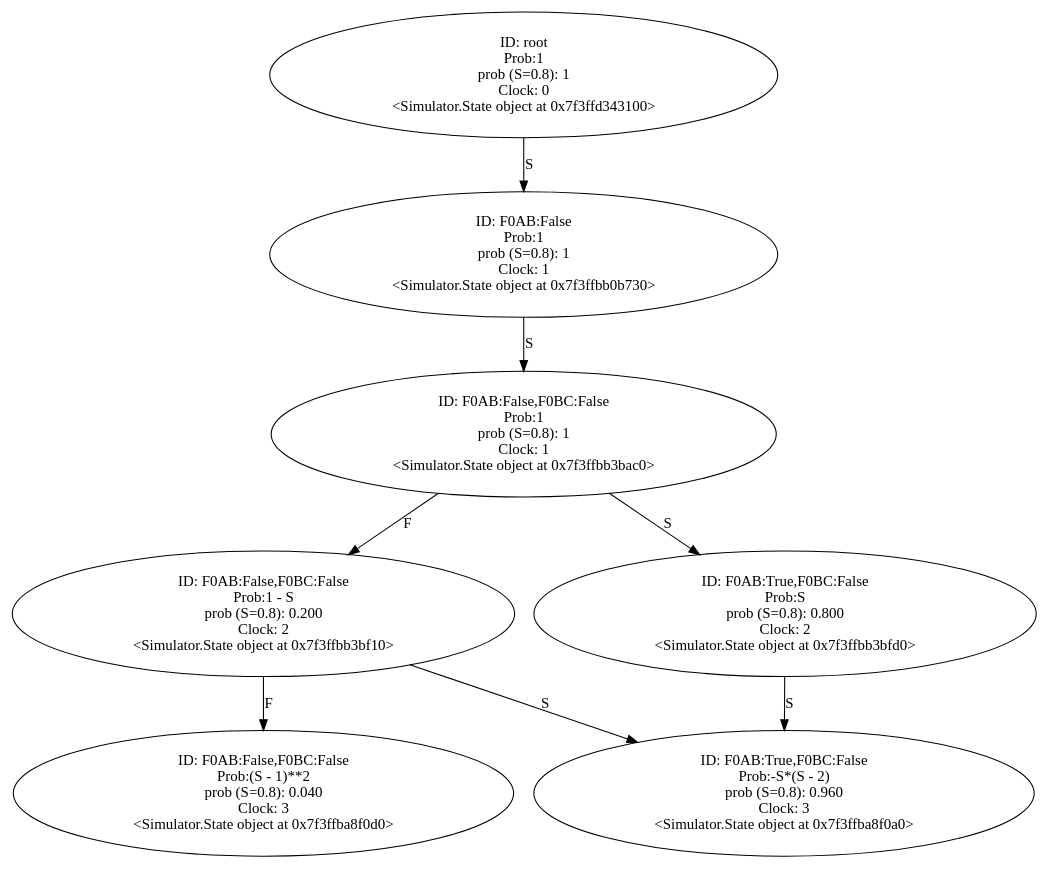
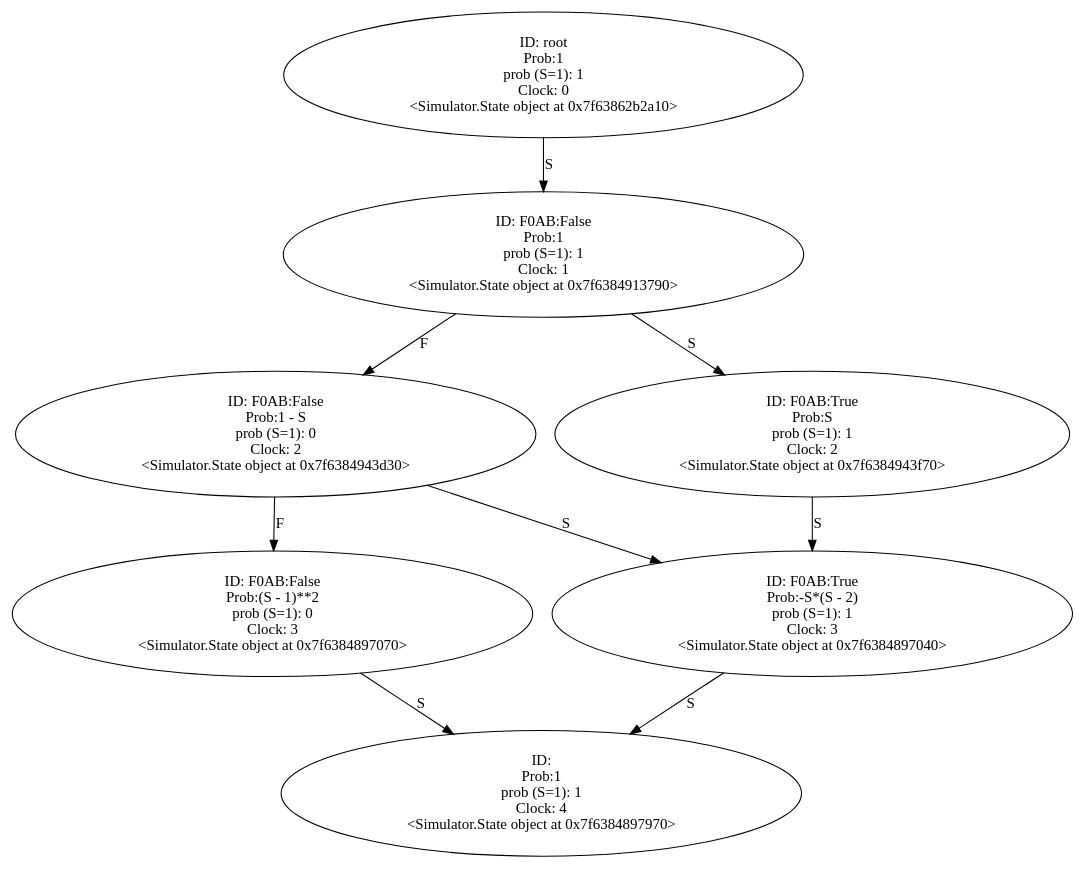
Before and after one commit to YasinBoloorchi/WARP-Simulator: the diagram in Output/new_half_condition.wrp.gv, drawn with Graphviz. The commit also changed 13 other files, not shown here.

```diff
--- a/Output/new_half_condition.wrp.gv
+++ b/Output/new_half_condition.wrp.gv
@@ -1,44 +1,45 @@
 digraph "./Output/new_half_condition.wrp" {
-	<Simulator.State object at 0x7f3ffd343100> [label="ID: root
+	<Simulator.State object at 0x7f63862b2a10> [label="ID: root
 Prob:1
-prob (S=0.8): 1
+prob (S=1): 1
 Clock: 0
-<Simulator.State object at 0x7f3ffd343100>"]
-	<Simulator.State object at 0x7f3ffd343100> -> <Simulator.State object at 0x7f3ffbb0b730> [label=S]
-	<Simulator.State object at 0x7f3ffbb0b730> [label="ID: F0AB:False
+<Simulator.State object at 0x7f63862b2a10>"]
+	<Simulator.State object at 0x7f63862b2a10> -> <Simulator.State object at 0x7f6384913790> [label=S]
+	<Simulator.State object at 0x7f6384913790> [label="ID: F0AB:False
 Prob:1
-prob (S=0.8): 1
+prob (S=1): 1
 Clock: 1
-<Simulator.State object at 0x7f3ffbb0b730>"]
-	<Simulator.State object at 0x7f3ffbb0b730> -> <Simulator.State object at 0x7f3ffbb3bac0> [label=S]
-	<Simulator.State object at 0x7f3ffbb3bac0> [label="ID: F0AB:False,F0BC:False
+<Simulator.State object at 0x7f6384913790>"]
+	<Simulator.State object at 0x7f6384913790> -> <Simulator.State object at 0x7f6384943d30> [label=F]
+	<Simulator.State object at 0x7f6384913790> -> <Simulator.State object at 0x7f6384943f70> [label=S]
+	<Simulator.State object at 0x7f6384943d30> [label="ID: F0AB:False
+Prob:1 - S
+prob (S=1): 0
+Clock: 2
+<Simulator.State object at 0x7f6384943d30>"]
+	<Simulator.State object at 0x7f6384943d30> -> <Simulator.State object at 0x7f6384897070> [label=F]
+	<Simulator.State object at 0x7f6384943d30> -> <Simulator.State object at 0x7f6384897040> [label=S]
+	<Simulator.State object at 0x7f6384943f70> [label="ID: F0AB:True
+Prob:S
+prob (S=1): 1
+Clock: 2
+<Simulator.State object at 0x7f6384943f70>"]
+	<Simulator.State object at 0x7f6384943f70> -> <Simulator.State object at 0x7f6384897040> [label=S]
+	<Simulator.State object at 0x7f6384897070> [label="ID: F0AB:False
+Prob:(S - 1)**2
+prob (S=1): 0
+Clock: 3
+<Simulator.State object at 0x7f6384897070>"]
+	<Simulator.State object at 0x7f6384897070> -> <Simulator.State object at 0x7f6384897970> [label=S]
+	<Simulator.State object at 0x7f6384897040> [label="ID: F0AB:True
+Prob:-S*(S - 2)
+prob (S=1): 1
+Clock: 3
+<Simulator.State object at 0x7f6384897040>"]
+	<Simulator.State object at 0x7f6384897040> -> <Simulator.State object at 0x7f6384897970> [label=S]
+	<Simulator.State object at 0x7f6384897970> [label="ID: 
 Prob:1
-prob (S=0.8): 1
-Clock: 1
-<Simulator.State object at 0x7f3ffbb3bac0>"]
-	<Simulator.State object at 0x7f3ffbb3bac0> -> <Simulator.State object at 0x7f3ffbb3bf10> [label=F]
-	<Simulator.State object at 0x7f3ffbb3bac0> -> <Simulator.State object at 0x7f3ffbb3bfd0> [label=S]
-	<Simulator.State object at 0x7f3ffbb3bf10> [label="ID: F0AB:False,F0BC:False
-Prob:1 - S
-prob (S=0.8): 0.200
-Clock: 2
-<Simulator.State object at 0x7f3ffbb3bf10>"]
-	<Simulator.State object at 0x7f3ffbb3bf10> -> <Simulator.State object at 0x7f3ffba8f0d0> [label=F]
-	<Simulator.State object at 0x7f3ffbb3bf10> -> <Simulator.State object at 0x7f3ffba8f0a0> [label=S]
-	<Simulator.State object at 0x7f3ffbb3bfd0> [label="ID: F0AB:True,F0BC:False
-Prob:S
-prob (S=0.8): 0.800
-Clock: 2
-<Simulator.State object at 0x7f3ffbb3bfd0>"]
-	<Simulator.State object at 0x7f3ffbb3bfd0> -> <Simulator.State object at 0x7f3ffba8f0a0> [label=S]
-	<Simulator.State object at 0x7f3ffba8f0d0> [label="ID: F0AB:False,F0BC:False
-Prob:(S - 1)**2
-prob (S=0.8): 0.040
-Clock: 3
-<Simulator.State object at 0x7f3ffba8f0d0>"]
-	<Simulator.State object at 0x7f3ffba8f0a0> [label="ID: F0AB:True,F0BC:False
-Prob:-S*(S - 2)
-prob (S=0.8): 0.960
-Clock: 3
-<Simulator.State object at 0x7f3ffba8f0a0>"]
+prob (S=1): 1
+Clock: 4
+<Simulator.State object at 0x7f6384897970>"]
 }
```
